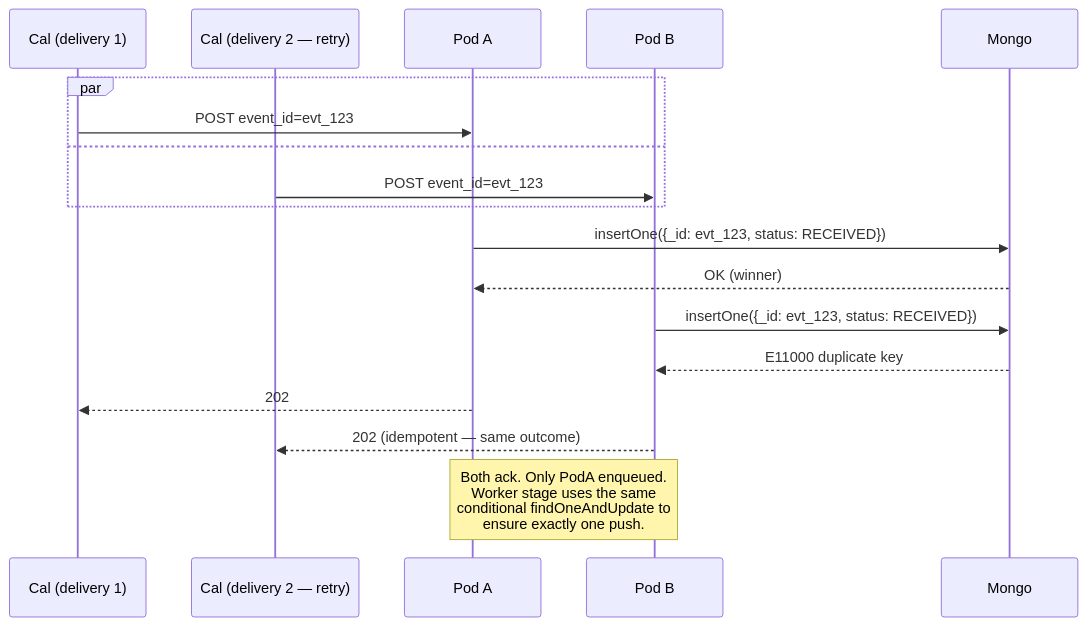
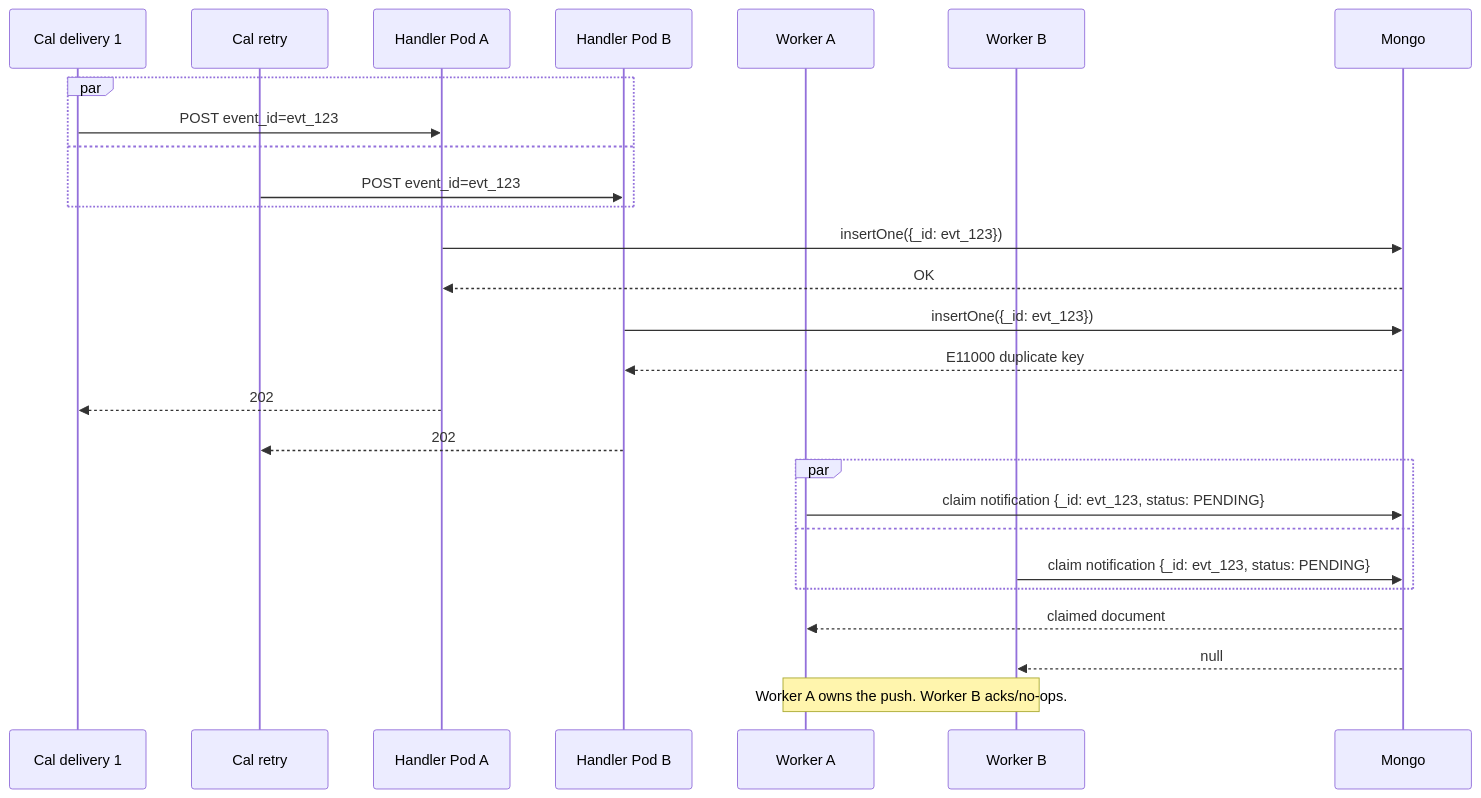
Before and after one commit to YoniRipp/TravelIO-arch: the third of 3 diagrams in architecture.md, drawn with Mermaid. The commit also changed other lines of this file and 1 other file, not shown here.

````diff
--- a/architecture.md
+++ b/architecture.md
@@ -83,24 +94,33 @@
 ```mermaid
 sequenceDiagram
-    participant CalA as Cal (delivery 1)
-    participant CalB as Cal (delivery 2 — retry)
-    participant PodA as Pod A
-    participant PodB as Pod B
+    participant CalA as Cal delivery 1
+    participant CalB as Cal retry
+    participant PodA as Handler Pod A
+    participant PodB as Handler Pod B
+    participant WorkerA as Worker A
+    participant WorkerB as Worker B
     participant Mongo
 
     par
         CalA->>PodA: POST event_id=evt_123
     and
         CalB->>PodB: POST event_id=evt_123
     end
 
-    PodA->>Mongo: insertOne({_id: evt_123, status: RECEIVED})
-    Mongo-->>PodA: OK (winner)
-    PodB->>Mongo: insertOne({_id: evt_123, status: RECEIVED})
+    PodA->>Mongo: insertOne({_id: evt_123})
+    Mongo-->>PodA: OK
+    PodB->>Mongo: insertOne({_id: evt_123})
     Mongo-->>PodB: E11000 duplicate key
+    PodA-->>CalA: 202
+    PodB-->>CalB: 202
 
-    PodA-->>CalA: 202
-    PodB-->>CalB: 202 (idempotent — same outcome)
+    par
+        WorkerA->>Mongo: claim notification {_id: evt_123, status: PENDING}
+    and
+        WorkerB->>Mongo: claim notification {_id: evt_123, status: PENDING}
+    end
 
-    Note over PodA,PodB: Both ack. Only PodA enqueued.<br/>Worker stage uses the same<br/>conditional findOneAndUpdate to<br/>ensure exactly one push.
+    Mongo-->>WorkerA: claimed document
+    Mongo-->>WorkerB: null
+    Note over WorkerA,WorkerB: Worker A owns the push. Worker B acks/no-ops.
 ```
````
